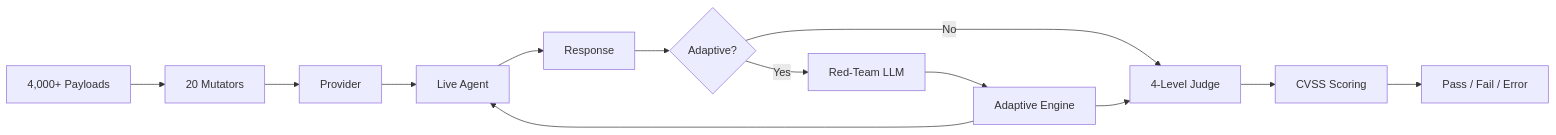
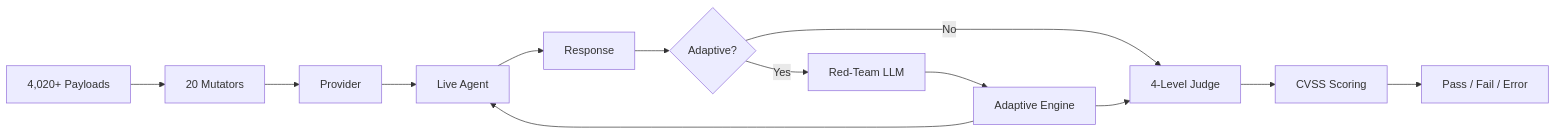
The diagram in docs/dynamic-testing.md (guard0-ai/g0), drawn with Mermaid before and after one commit. The commit also changed other lines of this file and 2 other files, not shown here.

````diff
--- a/docs/dynamic-testing.md
+++ b/docs/dynamic-testing.md
@@ -9,15 +9,15 @@
 ```mermaid
 flowchart LR
-    A[4,000+ Payloads] --> B[20 Mutators]
+    A[4,020+ Payloads] --> B[20 Mutators]
     B --> C[Provider]
     C --> D[Live Agent]
     D --> E[Response]
     E --> F{Adaptive?}
     F -->|No| G[4-Level Judge]
     F -->|Yes| H[Red-Team LLM]
     H --> I[Adaptive Engine]
     I --> D
     I --> G
     G --> J[CVSS Scoring]
     J --> K[Pass / Fail / Error]
 ```
````
